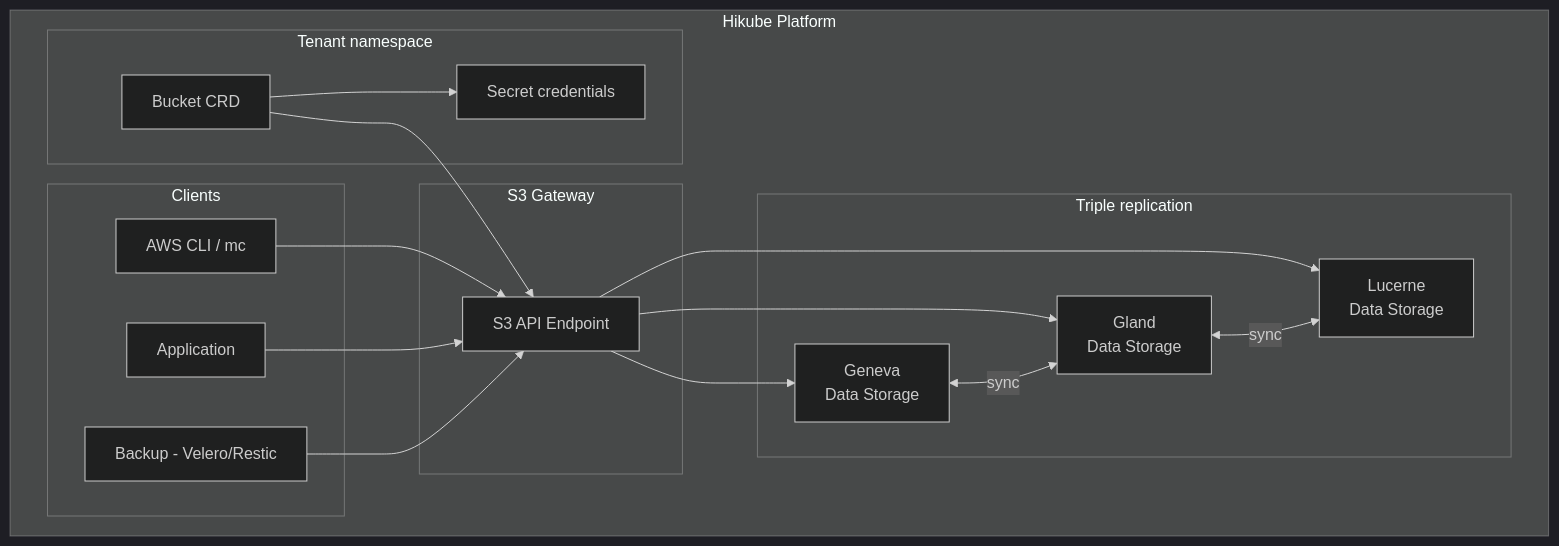
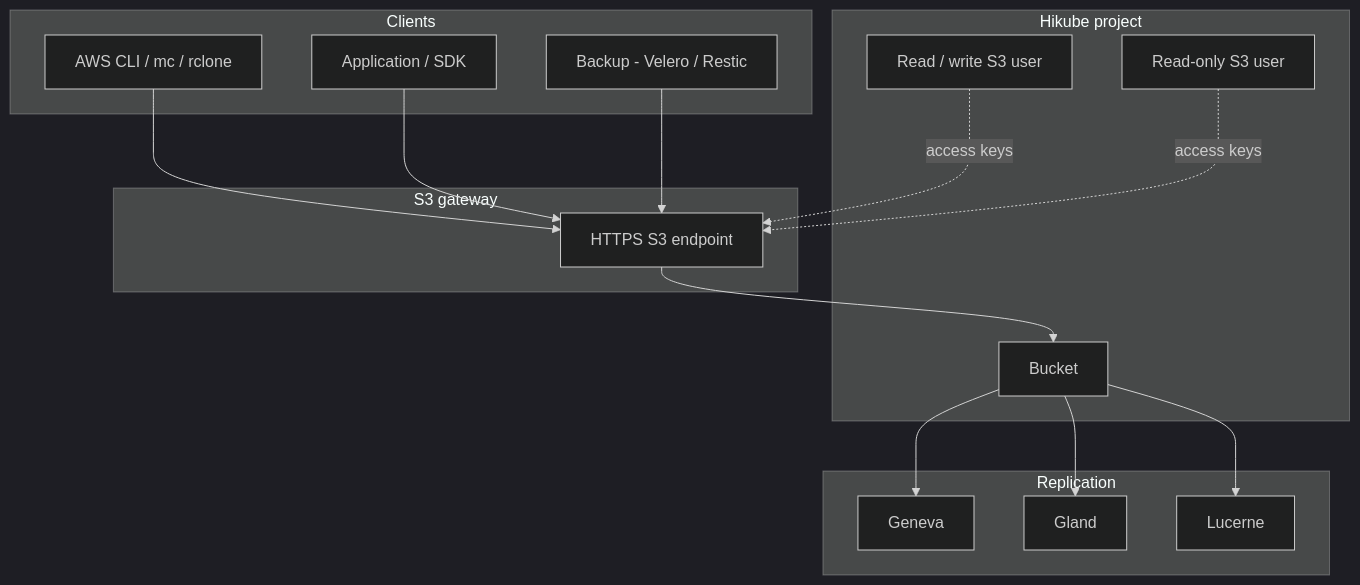
The diagram in i18n/en/docusaurus-plugin-content-docs/current/services/storage/buckets/concepts.md (HidoraSwiss/hikube-public-doc), drawn with Mermaid (dark theme) before and after one commit. The commit also changed other lines of this file and 148 other files, not shown here.

````diff
--- a/i18n/en/docusaurus-plugin-content-docs/current/services/storage/buckets/concepts.md
+++ b/i18n/en/docusaurus-plugin-content-docs/current/services/storage/buckets/concepts.md
@@ -12,36 +12,34 @@
 ```mermaid
 graph TB
-    subgraph "Hikube Platform"
-        subgraph "Tenant namespace"
-            CR[Bucket CRD]
-            SEC[Secret credentials]
-        end
-
-        subgraph "S3 Gateway"
-            GW[S3 API Endpoint]
-        end
-
-        subgraph "Triple replication"
-            DC1[Geneva<br/>Data Storage]
-            DC2[Gland<br/>Data Storage]
-            DC3[Lucerne<br/>Data Storage]
-        end
-
-        subgraph "Clients"
-            CLI[AWS CLI / mc]
-            APP[Application]
-            BKP[Backup - Velero/Restic]
-        end
+    subgraph "Hikube project"
+        BK[Bucket]
+        U1[Read / write S3 user]
+        U2[Read-only S3 user]
     end
 
-    CR --> GW
-    GW --> DC1
-    GW --> DC2
-    GW --> DC3
-    DC1 <-->|sync| DC2
-    DC2 <-->|sync| DC3
+    subgraph "S3 gateway"
+        GW[HTTPS S3 endpoint]
+    end
+
+    subgraph "Replication"
+        DC1[Geneva]
+        DC2[Gland]
+        DC3[Lucerne]
+    end
+
+    subgraph "Clients"
+        CLI[AWS CLI / mc / rclone]
+        APP[Application / SDK]
+        BKP[Backup - Velero / Restic]
+    end
+
+    U1 -.->|access keys| GW
+    U2 -.->|access keys| GW
     CLI --> GW
     APP --> GW
     BKP --> GW
-    CR --> SEC
+    GW --> BK
+    BK --> DC1
+    BK --> DC2
+    BK --> DC3
 ```
````
